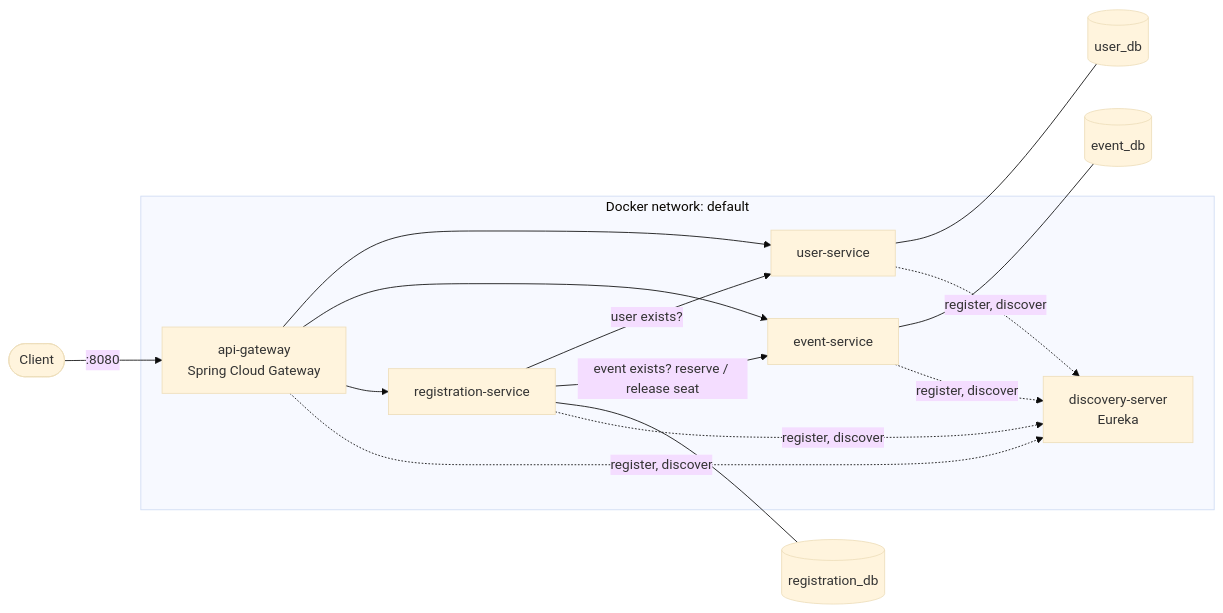
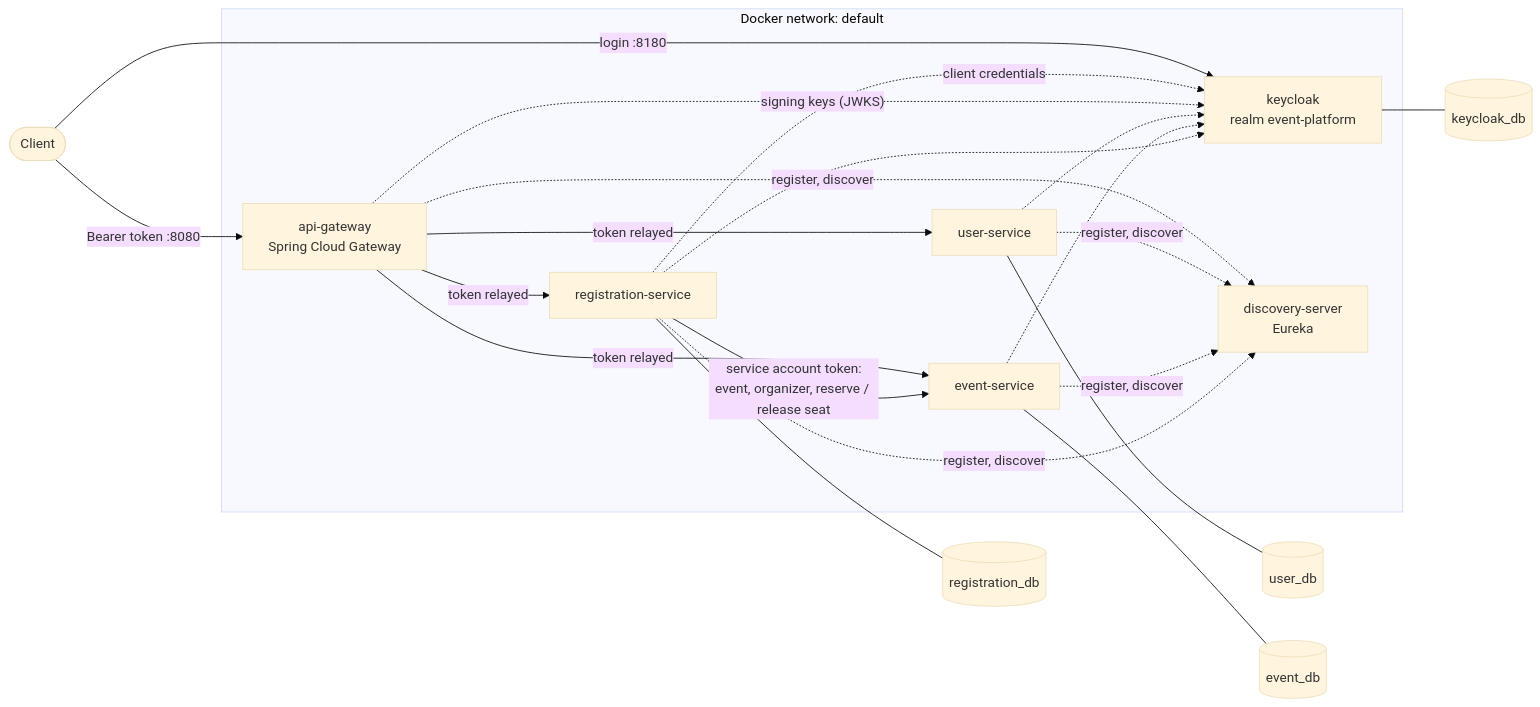
The diagram in README.md (kardiguemagassa/event-management-platform), drawn with Mermaid (base theme) before and after one commit. The commit also changed other lines of this file, not shown here.

First line of the commit message:
docs: document the Keycloak security model

````diff
--- a/README.md
+++ b/README.md
@@ -22,22 +25,27 @@
 ```mermaid
 flowchart LR
-    client([Client]) -->|":8080"| gateway
+    client([Client]) -->|"login :8180"| keycloak
+    client -->|"Bearer token :8080"| gateway
 
     subgraph platform ["Docker network: default"]
+        keycloak["keycloak<br/>realm event-platform"]
         gateway["api-gateway<br/>Spring Cloud Gateway"]
         eureka["discovery-server<br/>Eureka"]
         users[user-service]
         events[event-service]
         registrations[registration-service]
     end
 
-    gateway --> users & events & registrations
-    registrations -->|"user exists?"| users
-    registrations -->|"event exists? reserve / release seat"| events
+    gateway -->|"token relayed"| users & events & registrations
+    registrations -->|"service account token:<br/>event, organizer, reserve / release seat"| events
+    registrations -.->|"client credentials"| keycloak
+    gateway -.->|"signing keys (JWKS)"| keycloak
+    users & events & registrations -.-> keycloak
 
+    keycloak --- keycloakdb[(keycloak_db)]
     users --- userdb[(user_db)]
     events --- eventdb[(event_db)]
     registrations --- registrationdb[(registration_db)]
 
     gateway & users & events & registrations -.->|"register, discover"| eureka
 ```
````
